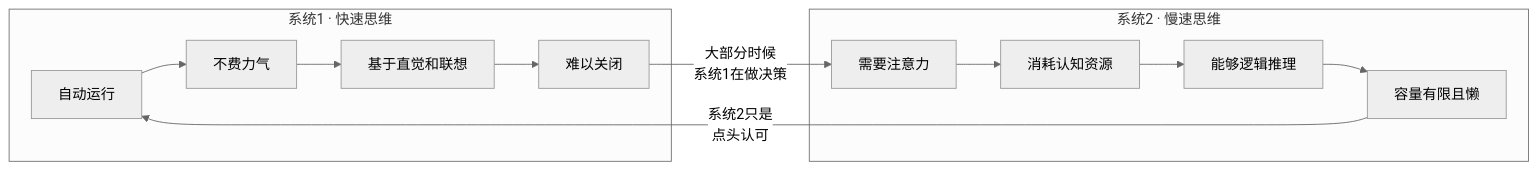
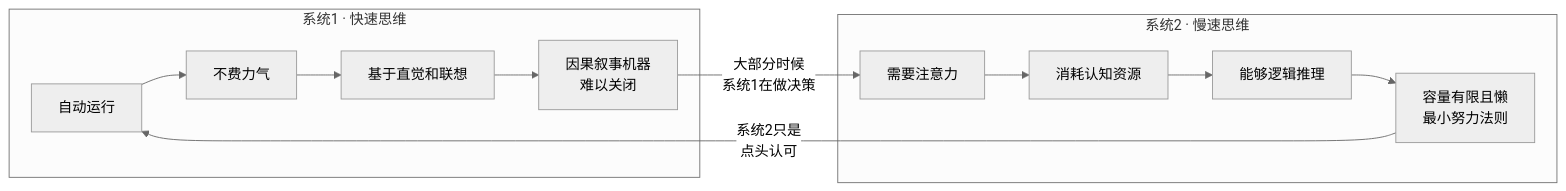
Before and after one commit to xdawayer/obsidian: the diagram in 知识库/心理学类/《思考，快与慢》 - 丹尼尔·卡尼曼.md, drawn with Mermaid (neutral theme). The commit also changed other lines of this file and 2 other files, not shown here.

````diff
--- a/知识库/心理学类/《思考，快与慢》 - 丹尼尔·卡尼曼.md
+++ b/知识库/心理学类/《思考，快与慢》 - 丹尼尔·卡尼曼.md
@@ -33,15 +33,15 @@
 ```mermaid
 graph LR
     subgraph "系统1 · 快速思维"
         A1["自动运行"] --> A2["不费力气"]
         A2 --> A3["基于直觉和联想"]
-        A3 --> A4["难以关闭"]
+        A3 --> A4["因果叙事机器<br/>难以关闭"]
     end
     subgraph "系统2 · 慢速思维"
         B1["需要注意力"] --> B2["消耗认知资源"]
         B2 --> B3["能够逻辑推理"]
-        B3 --> B4["容量有限且懒"]
+        B3 --> B4["容量有限且懒<br/>最小努力法则"]
     end
     A4 -->|"大部分时候<br/>系统1在做决策"| B1
     B4 -->|"系统2只是<br/>点头认可"| A1
 ```
````
